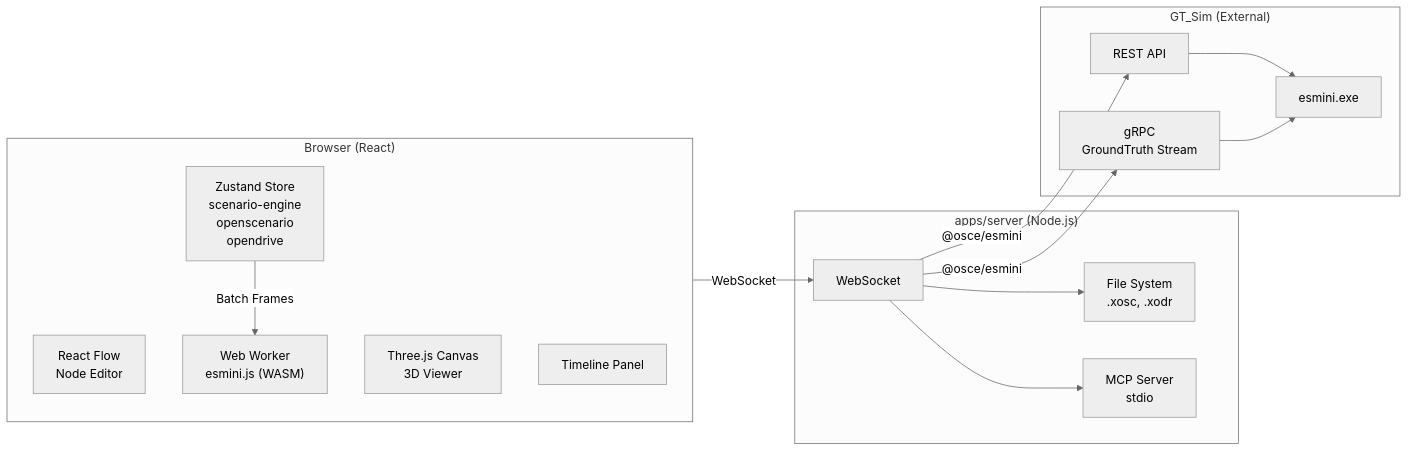
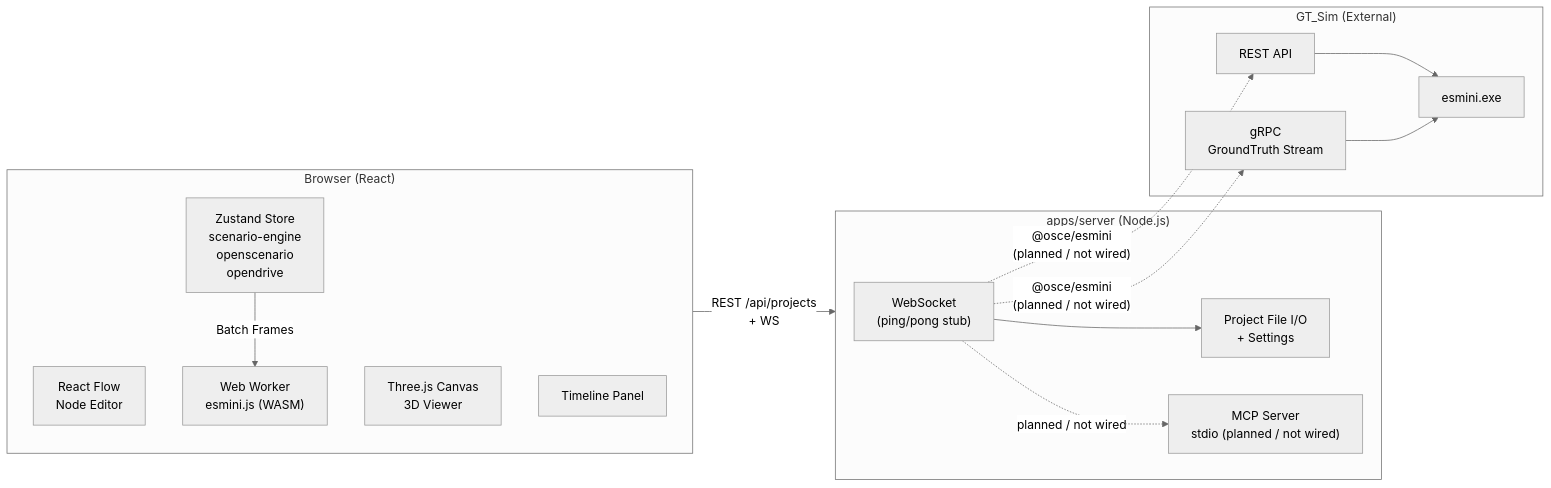
The second of 7 diagrams in docs/ARCHITECTURE.md (GT-karny/GT-OpenSCENARIOEditor), drawn with Mermaid (neutral theme) before and after one commit. The commit also changed other lines of this file, not shown here.

First line of the commit message:
docs: align ARCHITECTURE.md with actual dependencies

````diff
--- a/docs/ARCHITECTURE.md
+++ b/docs/ARCHITECTURE.md
@@ -72,31 +72,31 @@
 ```mermaid
 graph LR
   subgraph Browser["Browser (React)"]
     RF["React Flow\nNode Editor"]
     R3F["Three.js Canvas\n3D Viewer"]
     TL["Timeline Panel"]
     Store["Zustand Store\nscenario-engine\nopenscenario\nopendrive"]
     WASM["Web Worker\nesmini.js (WASM)"]
   end
 
   subgraph Server["apps/server (Node.js)"]
-    WS["WebSocket"]
-    FS["File System\n.xosc, .xodr"]
-    MCP["MCP Server\nstdio"]
+    WS["WebSocket\n(ping/pong stub)"]
+    FS["Project File I/O\n+ Settings"]
+    MCP["MCP Server\nstdio (planned / not wired)"]
   end
 
   subgraph GTSim["GT_Sim (External)"]
     REST["REST API"]
     GRPC["gRPC\nGroundTruth Stream"]
     ESMINI["esmini.exe"]
   end
 
   Store -- "Batch Frames" --> WASM
-  Browser -- "WebSocket" --> WS
+  Browser -- "REST /api/projects\n+ WS" --> Server
   WS --> FS
-  WS --> MCP
-  WS -- "@osce/esmini" --> REST
-  WS -- "@osce/esmini" --> GRPC
+  WS -. "planned / not wired" .-> MCP
+  WS -. "@osce/esmini\n(planned / not wired)" .-> REST
+  WS -. "@osce/esmini\n(planned / not wired)" .-> GRPC
   REST --> ESMINI
   GRPC --> ESMINI
 ```
````
